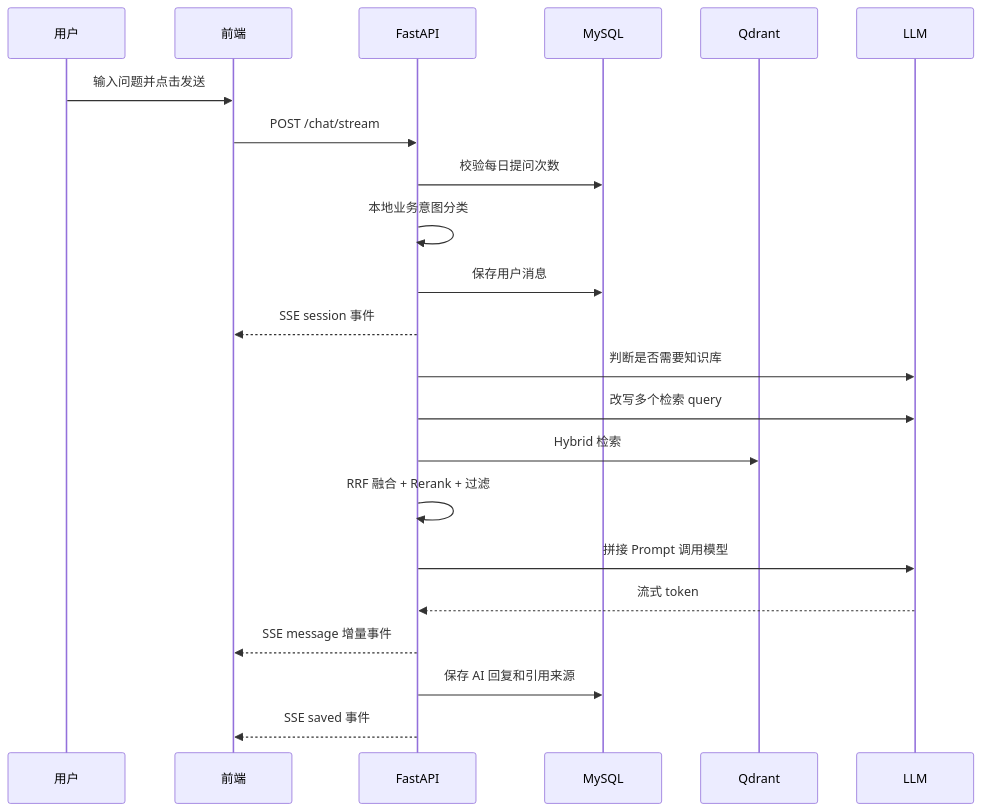
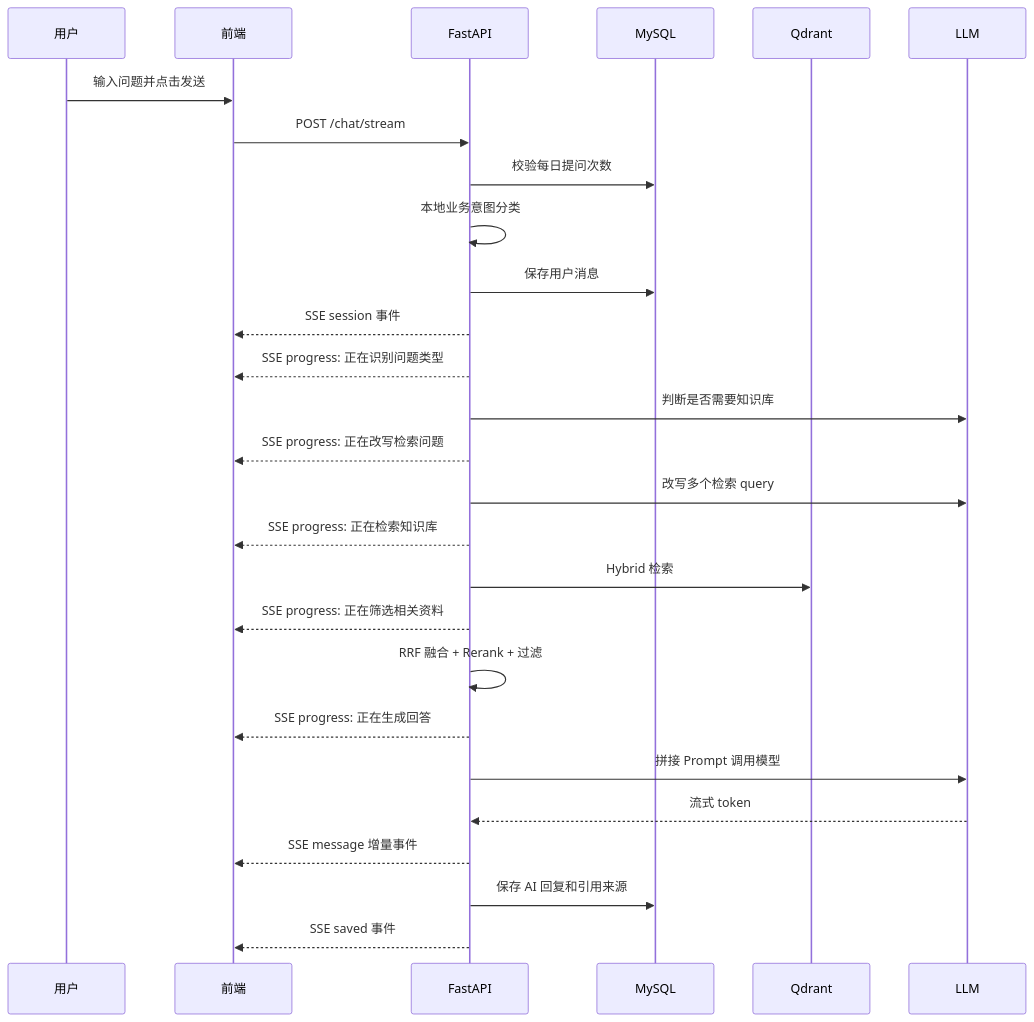
The second of 6 diagrams in docs/业务流程说明.md (Itachi852/aegisdesk-ai), drawn with Mermaid before and after one commit. The commit also changed other lines of this file and 24 other files, not shown here.

````diff
--- a/docs/业务流程说明.md
+++ b/docs/业务流程说明.md
@@ -22,25 +22,30 @@
 ```mermaid
 sequenceDiagram
     participant U as 用户
     participant F as 前端
     participant B as FastAPI
     participant DB as MySQL
     participant V as Qdrant
     participant L as LLM
 
     U->>F: 输入问题并点击发送
     F->>B: POST /chat/stream
     B->>DB: 校验每日提问次数
     B->>B: 本地业务意图分类
     B->>DB: 保存用户消息
     B-->>F: SSE session 事件
+    B-->>F: SSE progress: 正在识别问题类型
     B->>L: 判断是否需要知识库
+    B-->>F: SSE progress: 正在改写检索问题
     B->>L: 改写多个检索 query
+    B-->>F: SSE progress: 正在检索知识库
     B->>V: Hybrid 检索
+    B-->>F: SSE progress: 正在筛选相关资料
     B->>B: RRF 融合 + Rerank + 过滤
+    B-->>F: SSE progress: 正在生成回答
     B->>L: 拼接 Prompt 调用模型
     L-->>B: 流式 token
     B-->>F: SSE message 增量事件
     B->>DB: 保存 AI 回复和引用来源
     B-->>F: SSE saved 事件
 ```
````
